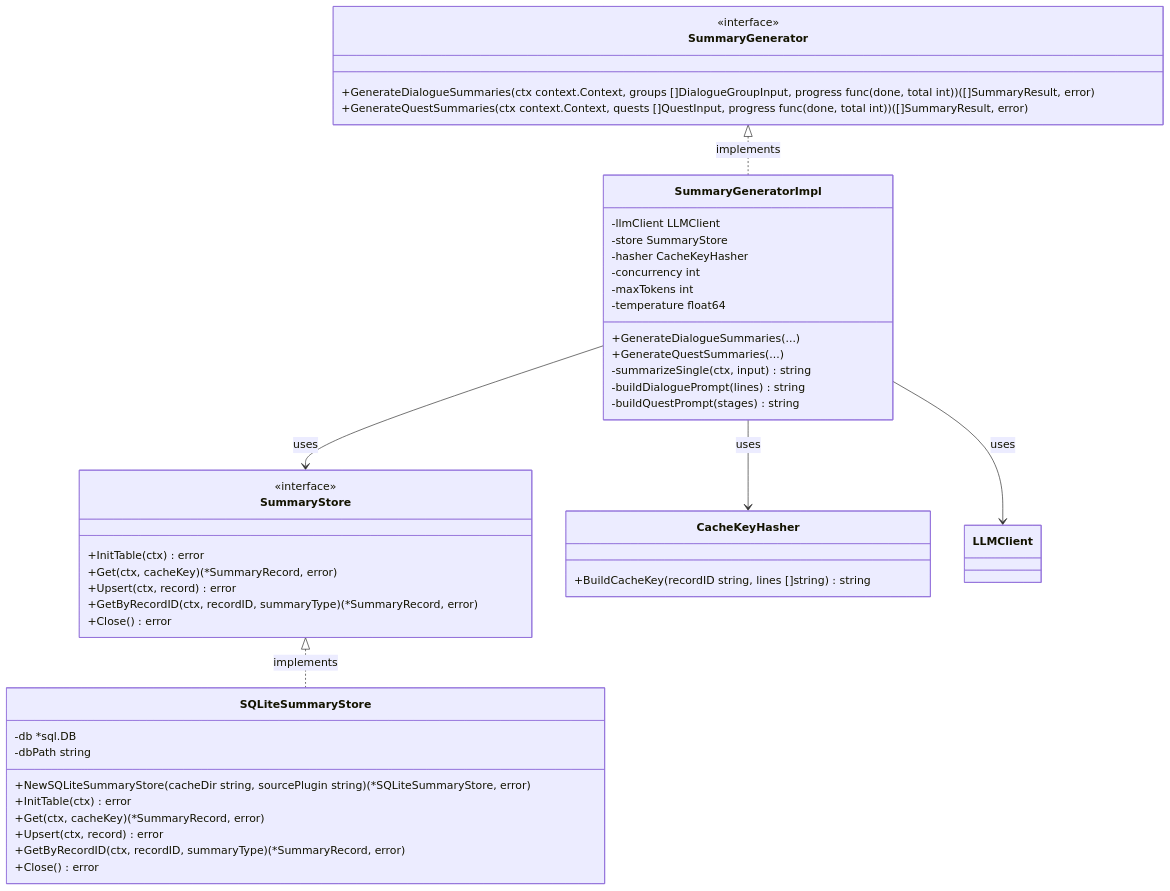
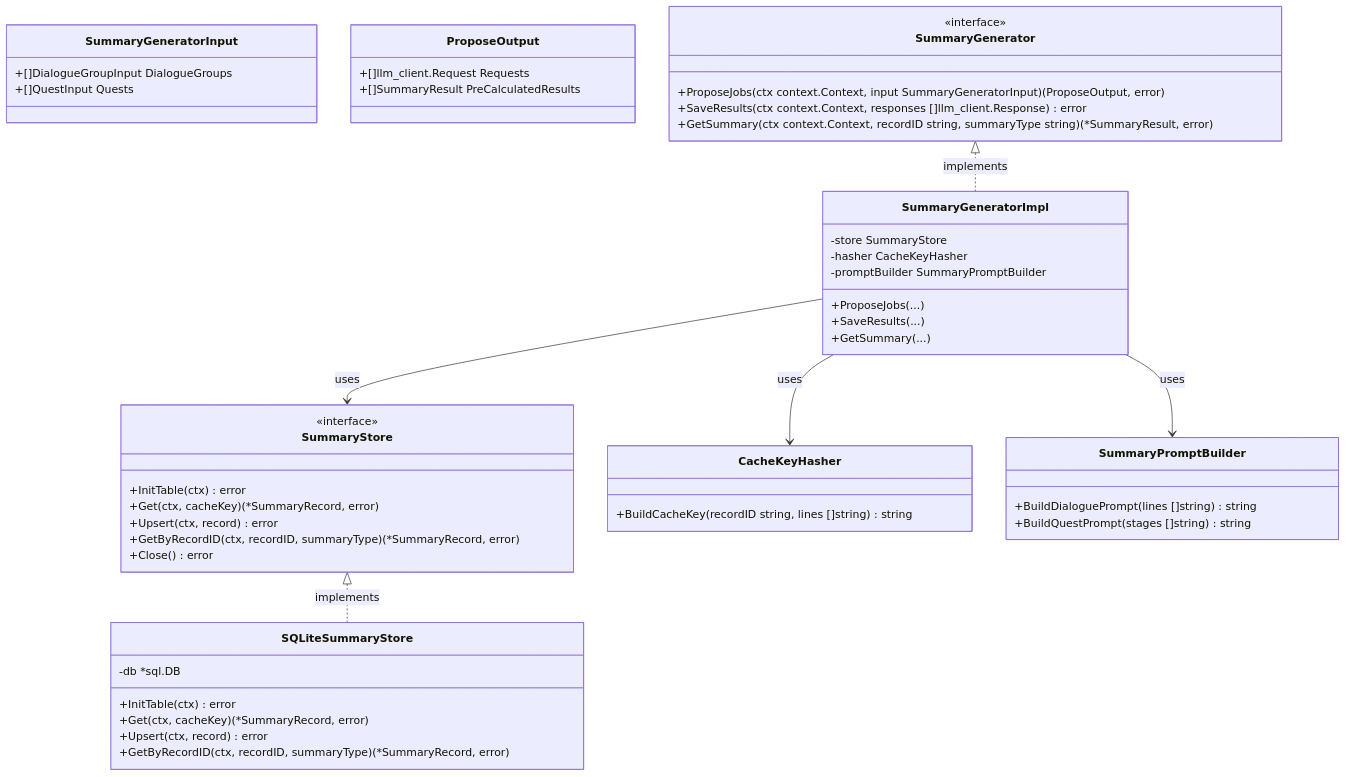
The first of 2 diagrams in specs/SummaryGeneratorSlice/summary_generator_class_diagram.md (ishibata91/ai-translation-engine-2), drawn with Mermaid before and after one commit. The commit also changed other lines of this file and 5 other files, not shown here.

````diff
--- a/specs/SummaryGeneratorSlice/summary_generator_class_diagram.md
+++ b/specs/SummaryGeneratorSlice/summary_generator_class_diagram.md
@@ -5,52 +5,60 @@
 ```mermaid
 classDiagram
+    class SummaryGeneratorInput {
+        +[]DialogueGroupInput DialogueGroups
+        +[]QuestInput Quests
+    }
+
+    class ProposeOutput {
+        +[]llm_client.Request Requests
+        +[]SummaryResult PreCalculatedResults
+    }
+
     class SummaryGenerator {
         <<interface>>
-        +GenerateDialogueSummaries(ctx context.Context, groups []DialogueGroupInput, progress func(done, total int)) ([]SummaryResult, error)
-        +GenerateQuestSummaries(ctx context.Context, quests []QuestInput, progress func(done, total int)) ([]SummaryResult, error)
+        +ProposeJobs(ctx context.Context, input SummaryGeneratorInput) (ProposeOutput, error)
+        +SaveResults(ctx context.Context, responses []llm_client.Response) error
+        +GetSummary(ctx context.Context, recordID string, summaryType string) (*SummaryResult, error)
     }
 
     class SummaryGeneratorImpl {
-        -llmClient LLMClient
         -store SummaryStore
         -hasher CacheKeyHasher
-        -concurrency int
-        -maxTokens int
-        -temperature float64
-        +GenerateDialogueSummaries(...)
-        +GenerateQuestSummaries(...)
-        -summarizeSingle(ctx, input) string
-        -buildDialoguePrompt(lines) string
-        -buildQuestPrompt(stages) string
+        -promptBuilder SummaryPromptBuilder
+        +ProposeJobs(...)
+        +SaveResults(...)
+        +GetSummary(...)
     }
 
     class SummaryStore {
         <<interface>>
         +InitTable(ctx) error
         +Get(ctx, cacheKey) (*SummaryRecord, error)
         +Upsert(ctx, record) error
         +GetByRecordID(ctx, recordID, summaryType) (*SummaryRecord, error)
         +Close() error
     }
 
     class SQLiteSummaryStore {
         -db *sql.DB
-        -dbPath string
-        +NewSQLiteSummaryStore(cacheDir string, sourcePlugin string) (*SQLiteSummaryStore, error)
         +InitTable(ctx) error
         +Get(ctx, cacheKey) (*SummaryRecord, error)
         +Upsert(ctx, record) error
         +GetByRecordID(ctx, recordID, summaryType) (*SummaryRecord, error)
-        +Close() error
     }
 
     class CacheKeyHasher {
         +BuildCacheKey(recordID string, lines []string) string
     }
 
+    class SummaryPromptBuilder {
+        +BuildDialoguePrompt(lines []string) string
+        +BuildQuestPrompt(stages []string) string
+    }
+
     SummaryGenerator <|.. SummaryGeneratorImpl : implements
-    SummaryGeneratorImpl --> LLMClient : uses
     SummaryGeneratorImpl --> SummaryStore : uses
     SummaryGeneratorImpl --> CacheKeyHasher : uses
+    SummaryGeneratorImpl --> SummaryPromptBuilder : uses
     SummaryStore <|.. SQLiteSummaryStore : implements
 ```
````
